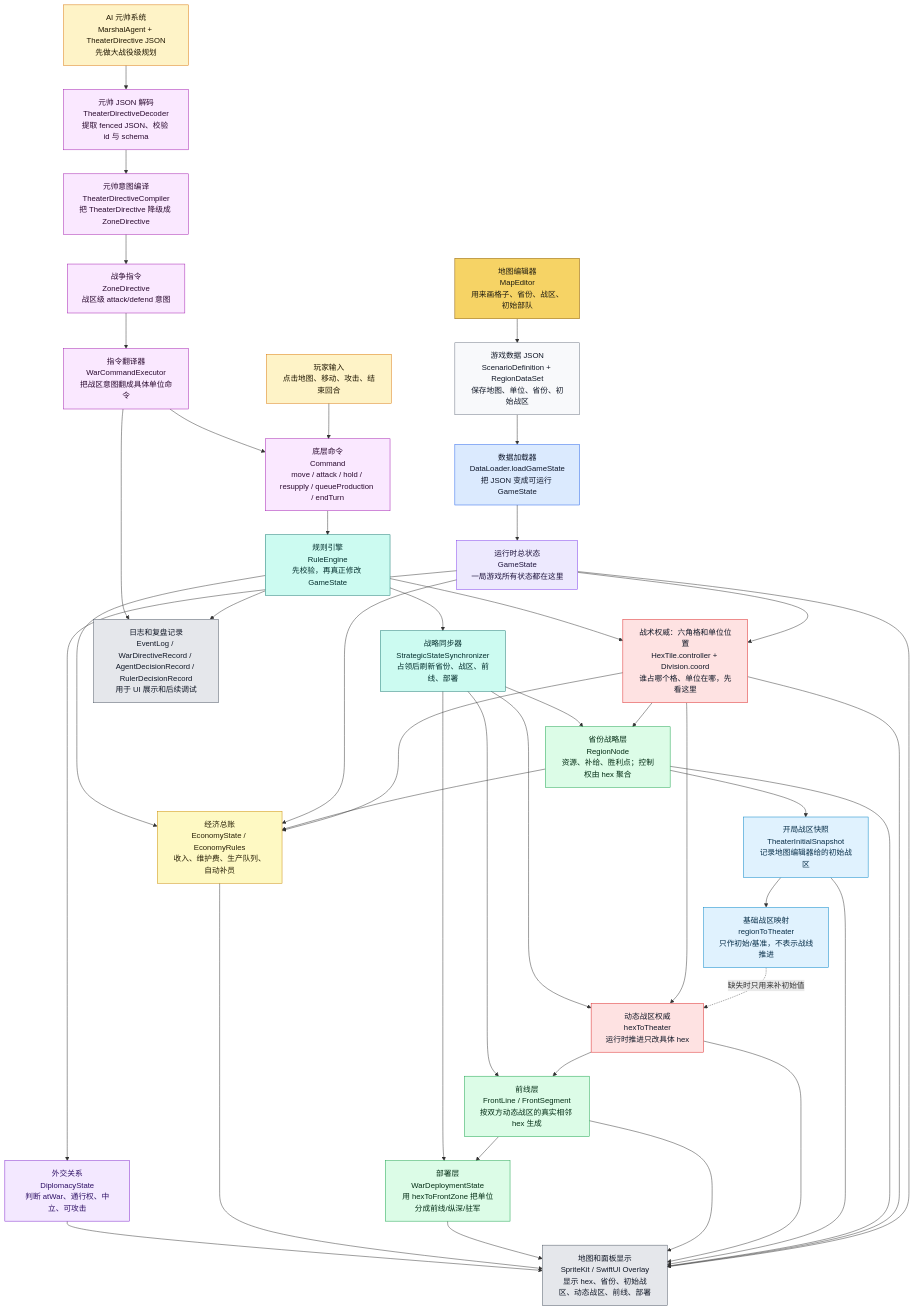
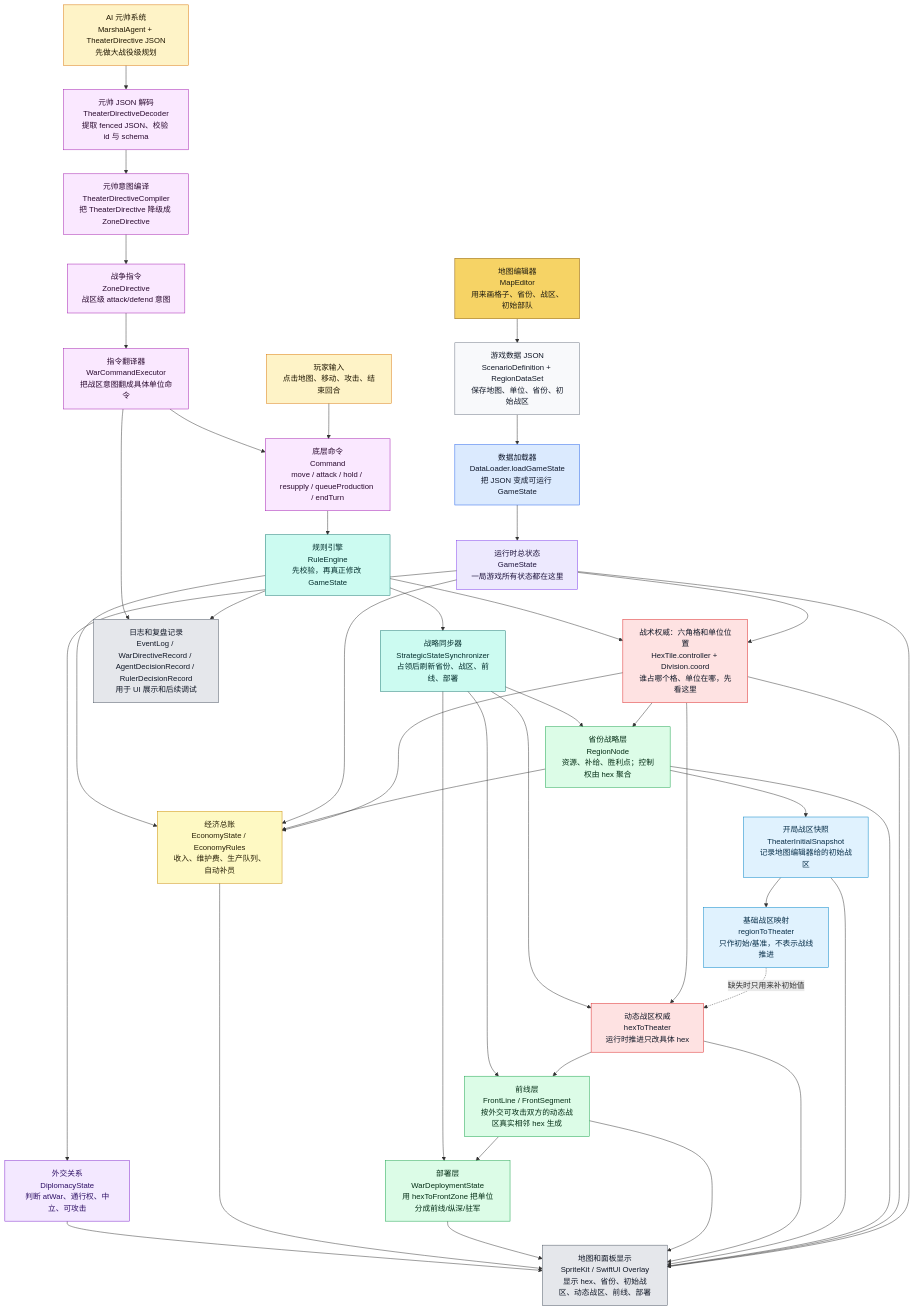
Before and after one commit to Altman-sam114/126: the second of 9 diagrams in md/flow/flowchart.md, drawn with Mermaid. The commit also changed other lines of this file and 8 other files, not shown here.

````diff
--- a/md/flow/flowchart.md
+++ b/md/flow/flowchart.md
@@ -72,78 +72,78 @@
 ```mermaid
 flowchart TD
     ME["地图编辑器<br/>MapEditor<br/>用来画格子、省份、战区、初始部队"]:::editor
     JSON["游戏数据 JSON<br/>ScenarioDefinition + RegionDataSet<br/>保存地图、单位、省份、初始战区"]:::data
     DL["数据加载器<br/>DataLoader.loadGameState<br/>把 JSON 变成可运行 GameState"]:::loader
     GS["运行时总状态<br/>GameState<br/>一局游戏所有状态都在这里"]:::state
 
     HEX["战术权威：六角格和单位位置<br/>HexTile.controller + Division.coord<br/>谁占哪个格、单位在哪，先看这里"]:::authority
     REGION["省份战略层<br/>RegionNode<br/>资源、补给、胜利点；控制权由 hex 聚合"]:::derived
     INIT["开局战区快照<br/>TheaterInitialSnapshot<br/>记录地图编辑器给的初始战区"]:::snapshot
     R2T["基础战区映射<br/>regionToTheater<br/>只作初始/基准，不表示战线推进"]:::snapshot
     H2T["动态战区权威<br/>hexToTheater<br/>运行时推进只改具体 hex"]:::authority
-    FRONT["前线层<br/>FrontLine / FrontSegment<br/>按双方动态战区的真实相邻 hex 生成"]:::derived
+    FRONT["前线层<br/>FrontLine / FrontSegment<br/>按外交可攻击双方的动态战区真实相邻 hex 生成"]:::derived
     DEPLOY["部署层<br/>WarDeploymentState<br/>用 hexToFrontZone 把单位分成前线/纵深/驻军"]:::derived
     ECO["经济总账<br/>EconomyState / EconomyRules<br/>收入、维护费、生产队列、自动补员"]:::economy
     DIP["外交关系<br/>DiplomacyState<br/>判断 atWar、通行权、中立、可攻击"]:::diplomacy
     PLAYER["玩家输入<br/>点击地图、移动、攻击、结束回合"]:::input
     AI["AI 元帅系统<br/>MarshalAgent + TheaterDirective JSON<br/>先做大战役级规划"]:::input
     DEC["元帅 JSON 解码<br/>TheaterDirectiveDecoder<br/>提取 fenced JSON、校验 id 与 schema"]:::command
     COMP["元帅意图编译<br/>TheaterDirectiveCompiler<br/>把 TheaterDirective 降级成 ZoneDirective"]:::command
     ZD["战争指令<br/>ZoneDirective<br/>战区级 attack/defend 意图"]:::command
     WCE["指令翻译器<br/>WarCommandExecutor<br/>把战区意图翻成具体单位命令"]:::command
     CMD["底层命令<br/>Command<br/>move / attack / hold / resupply / queueProduction / endTurn"]:::command
     RE["规则引擎<br/>RuleEngine<br/>先校验，再真正修改 GameState"]:::rules
     SYNC["战略同步器<br/>StrategicStateSynchronizer<br/>占领后刷新省份、战区、前线、部署"]:::rules
 
     UI["地图和面板显示<br/>SpriteKit / SwiftUI Overlay<br/>显示 hex、省份、初始战区、动态战区、前线、部署"]:::ui
     LOG["日志和复盘记录<br/>EventLog / WarDirectiveRecord / AgentDecisionRecord / RulerDecisionRecord<br/>用于 UI 展示和后续调试"]:::ui
 
     ME --> JSON --> DL --> GS
     GS --> HEX
     HEX --> REGION
     HEX --> ECO
     REGION --> ECO
     REGION --> INIT
     INIT --> R2T
     R2T -.->|缺失时只用来补初始值| H2T
     HEX --> H2T
     H2T --> FRONT --> DEPLOY
     GS --> ECO
     GS --> DIP
 
     PLAYER --> CMD
     AI --> DEC --> COMP --> ZD --> WCE --> CMD
     CMD --> RE --> HEX
     RE --> ECO
     RE --> SYNC
     SYNC --> REGION
     SYNC --> H2T
     SYNC --> FRONT
     SYNC --> DEPLOY
 
     GS --> UI
     HEX --> UI
     REGION --> UI
     INIT --> UI
     H2T --> UI
     FRONT --> UI
     DEPLOY --> UI
     ECO --> UI
     DIP --> UI
     RE --> LOG
     WCE --> LOG
 
     classDef editor fill:#f6d365,stroke:#8a5a00,color:#1f1b10
     classDef data fill:#f8f9fb,stroke:#6b7280,color:#111827
     classDef loader fill:#dbeafe,stroke:#2563eb,color:#0f172a
     classDef state fill:#ede9fe,stroke:#7c3aed,color:#1f143d
     classDef authority fill:#fee2e2,stroke:#dc2626,color:#111827
     classDef derived fill:#dcfce7,stroke:#16a34a,color:#052e16
     classDef snapshot fill:#e0f2fe,stroke:#0284c7,color:#082f49
     classDef input fill:#fef3c7,stroke:#d97706,color:#1f1600
     classDef economy fill:#fef9c3,stroke:#ca8a04,color:#292107
     classDef diplomacy fill:#f3e8ff,stroke:#7e22ce,color:#2e1065
     classDef command fill:#fae8ff,stroke:#a21caf,color:#2a0a2f
     classDef rules fill:#ccfbf1,stroke:#0f766e,color:#042f2e
     classDef ui fill:#e5e7eb,stroke:#4b5563,color:#111827
 ```
````
